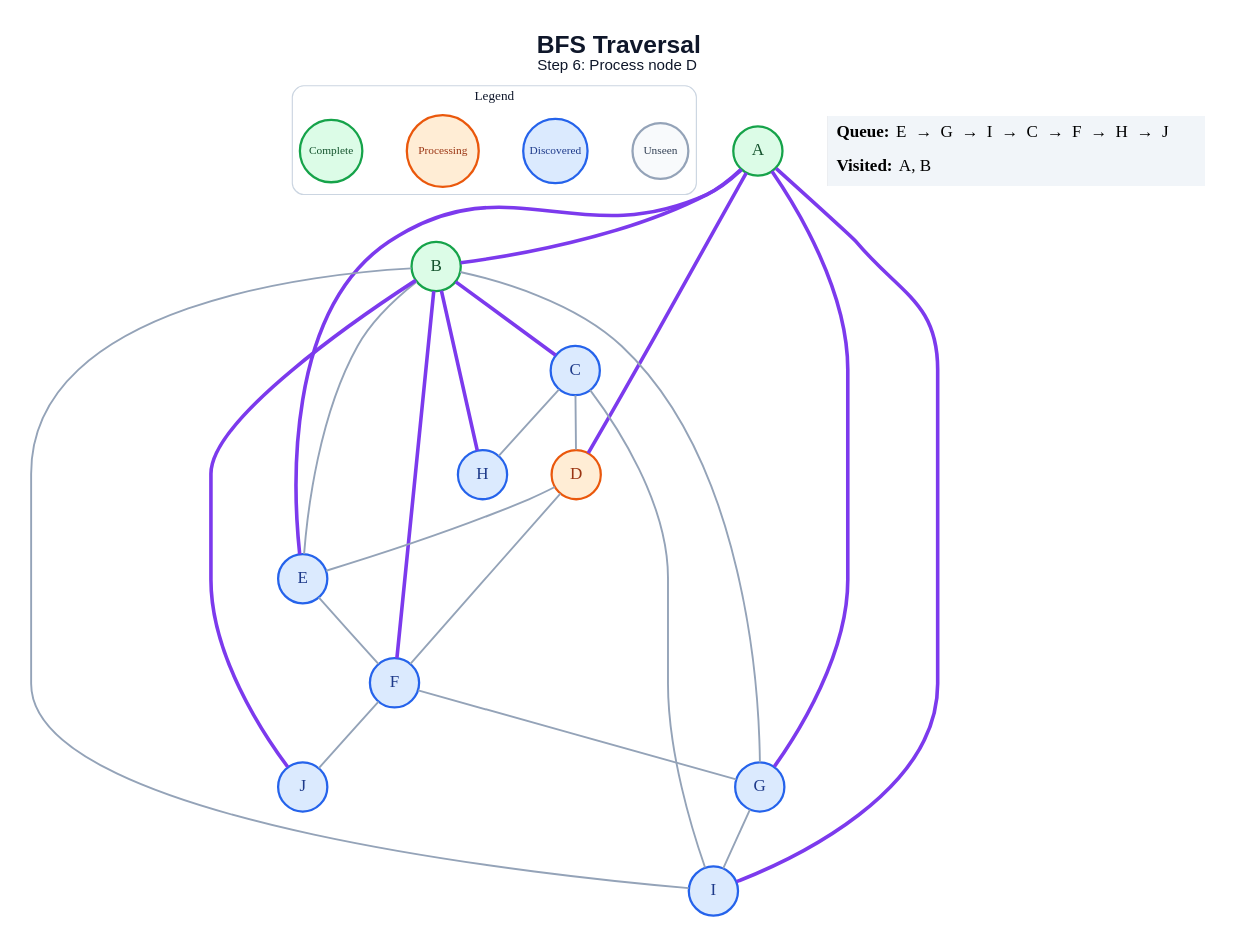
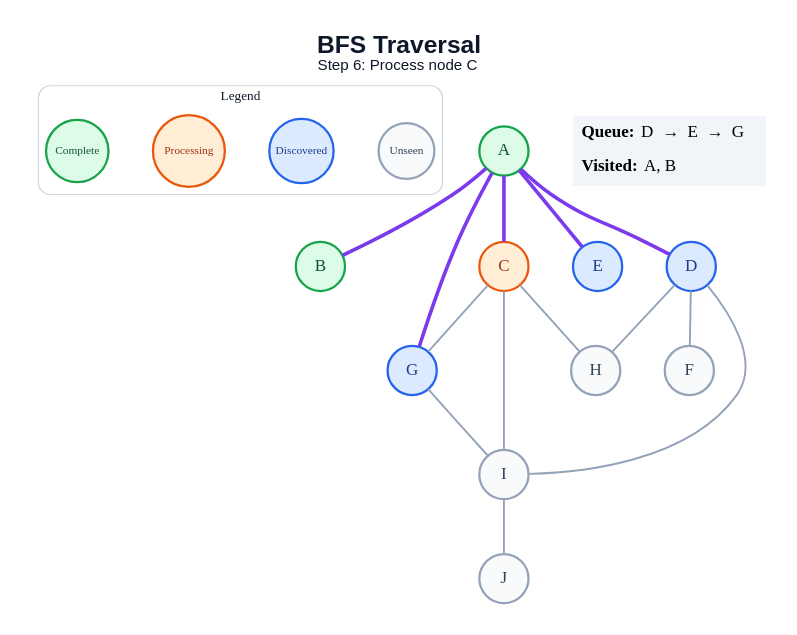
One commit to amanghodawala9/ai-slop changed the diagram in generated/bfs/step_06.dot. Above: the diagram before and after it, drawn with Graphviz. The commit also changed 178 other files, not shown here.

```diff
--- a/generated/bfs/step_06.dot
+++ b/generated/bfs/step_06.dot
@@ -1,50 +1,42 @@
 graph traversal {
   graph [layout=dot, rankdir=TB, bgcolor="#FFFFFF", pad="0.35", nodesep="0.65", ranksep="0.8", fontname="Arial"];
   node [shape=circle, style="filled", fontname="Arial Bold", fontsize=18, width=0.72, fixedsize=true, penwidth=2.4];
   edge [color="#94A3B8", penwidth=2.0];
-  label=<<B>BFS Traversal</B><BR/><FONT POINT-SIZE="16">Step 6: Process node D</FONT>>; labelloc="t"; fontsize=26; fontname="Arial"; fontcolor="#0F172A";
+  label=<<B>BFS Traversal</B><BR/><FONT POINT-SIZE="16">Step 6: Process node C</FONT>>; labelloc="t"; fontsize=26; fontname="Arial"; fontcolor="#0F172A";
   subgraph cluster_legend { label="Legend"; color="#CBD5E1"; penwidth=1.2; style="rounded"; fontsize=14; fontname="Arial Bold";
     key_unseen [label="Unseen", fillcolor="#F8FAFC", color="#94A3B8", fontcolor="#334155", fontsize=12, width=0.82];
     key_frontier [label="Discovered", fillcolor="#DBEAFE", color="#2563EB", fontcolor="#1E3A8A", fontsize=12, width=0.95];
     key_current [label="Processing", fillcolor="#FFEDD5", color="#EA580C", fontcolor="#9A3412", fontsize=12, width=1.05];
     key_done [label="Complete", fillcolor="#DCFCE7", color="#16A34A", fontcolor="#14532D", fontsize=12, width=0.92];
     { rank=same; key_unseen; key_frontier; key_current; key_done; }
   }
   A [fillcolor="#DCFCE7", color="#16A34A", fontcolor="#14532D"];
   B [fillcolor="#DCFCE7", color="#16A34A", fontcolor="#14532D"];
-  C [fillcolor="#DBEAFE", color="#2563EB", fontcolor="#1E3A8A"];
-  D [fillcolor="#FFEDD5", color="#EA580C", fontcolor="#9A3412"];
+  C [fillcolor="#FFEDD5", color="#EA580C", fontcolor="#9A3412"];
+  D [fillcolor="#DBEAFE", color="#2563EB", fontcolor="#1E3A8A"];
   E [fillcolor="#DBEAFE", color="#2563EB", fontcolor="#1E3A8A"];
-  F [fillcolor="#DBEAFE", color="#2563EB", fontcolor="#1E3A8A"];
+  F [fillcolor="#F8FAFC", color="#94A3B8", fontcolor="#334155"];
   G [fillcolor="#DBEAFE", color="#2563EB", fontcolor="#1E3A8A"];
-  H [fillcolor="#DBEAFE", color="#2563EB", fontcolor="#1E3A8A"];
-  I [fillcolor="#DBEAFE", color="#2563EB", fontcolor="#1E3A8A"];
-  J [fillcolor="#DBEAFE", color="#2563EB", fontcolor="#1E3A8A"];
+  H [fillcolor="#F8FAFC", color="#94A3B8", fontcolor="#334155"];
+  I [fillcolor="#F8FAFC", color="#94A3B8", fontcolor="#334155"];
+  J [fillcolor="#F8FAFC", color="#94A3B8", fontcolor="#334155"];
   A -- B [color="#7C3AED", penwidth=3.8];
+  A -- C [color="#7C3AED", penwidth=3.8];
   A -- D [color="#7C3AED", penwidth=3.8];
   A -- E [color="#7C3AED", penwidth=3.8];
   A -- G [color="#7C3AED", penwidth=3.8];
-  A -- I [color="#7C3AED", penwidth=3.8];
-  B -- C [color="#7C3AED", penwidth=3.8];
-  B -- E;
-  B -- F [color="#7C3AED", penwidth=3.8];
-  B -- G;
-  B -- H [color="#7C3AED", penwidth=3.8];
-  B -- I;
-  B -- J [color="#7C3AED", penwidth=3.8];
-  C -- D;
+  C -- G;
   C -- H;
   C -- I;
-  D -- E;
   D -- F;
-  E -- F;
-  F -- G;
-  F -- J;
+  D -- H;
+  D -- I;
   G -- I;
+  I -- J;
   status [shape=plain, fixedsize=false, width=0, height=0, margin=0, label=<
     <TABLE BORDER="0" CELLBORDER="0" CELLPADDING="7" BGCOLOR="#F1F5F9">
-      <TR><TD ALIGN="LEFT"><B>Queue:</B> E  →  G  →  I  →  C  →  F  →  H  →  J</TD></TR>
+      <TR><TD ALIGN="LEFT"><B>Queue:</B> D  →  E  →  G</TD></TR>
       <TR><TD ALIGN="LEFT"><B>Visited:</B> A, B</TD></TR>
     </TABLE>
   >];
 }
```
